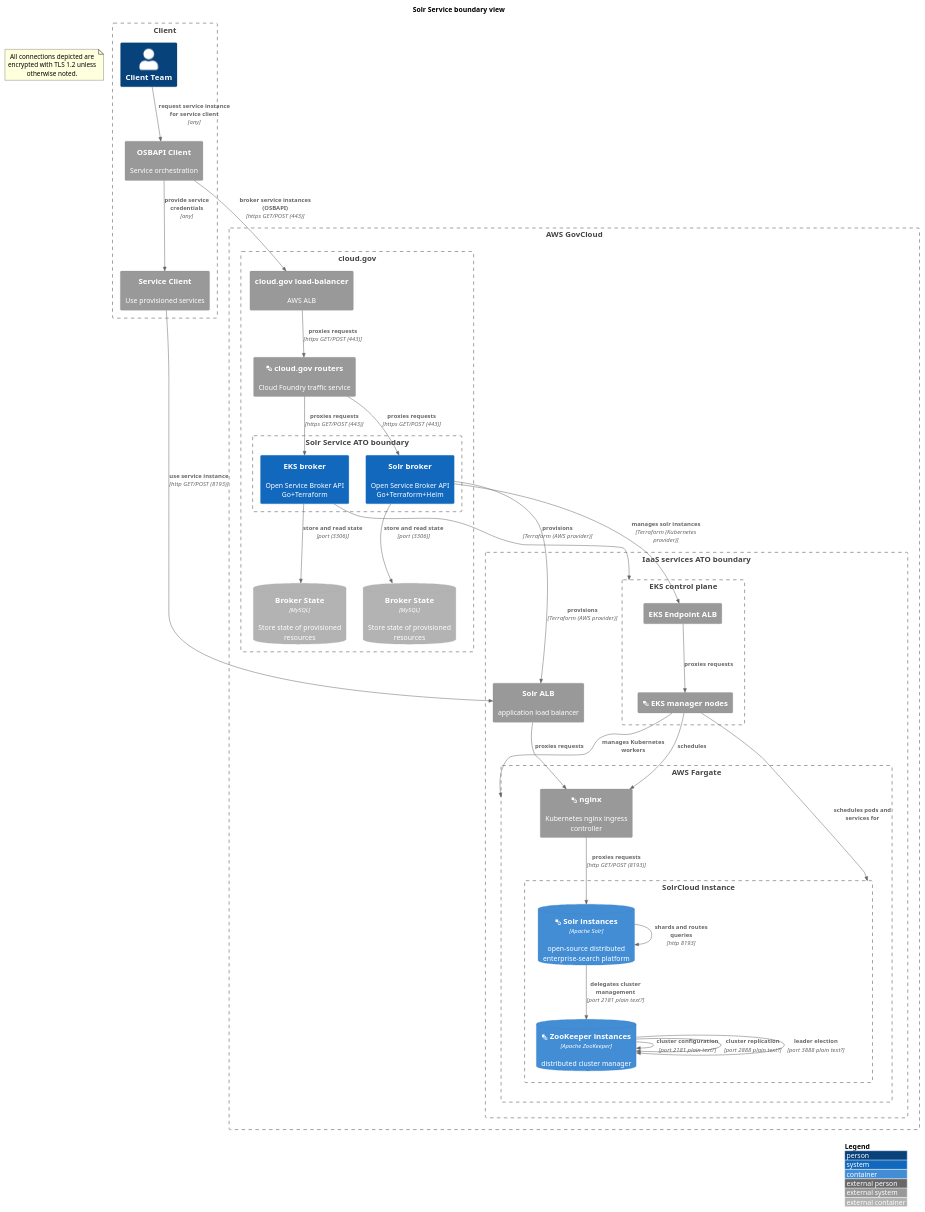
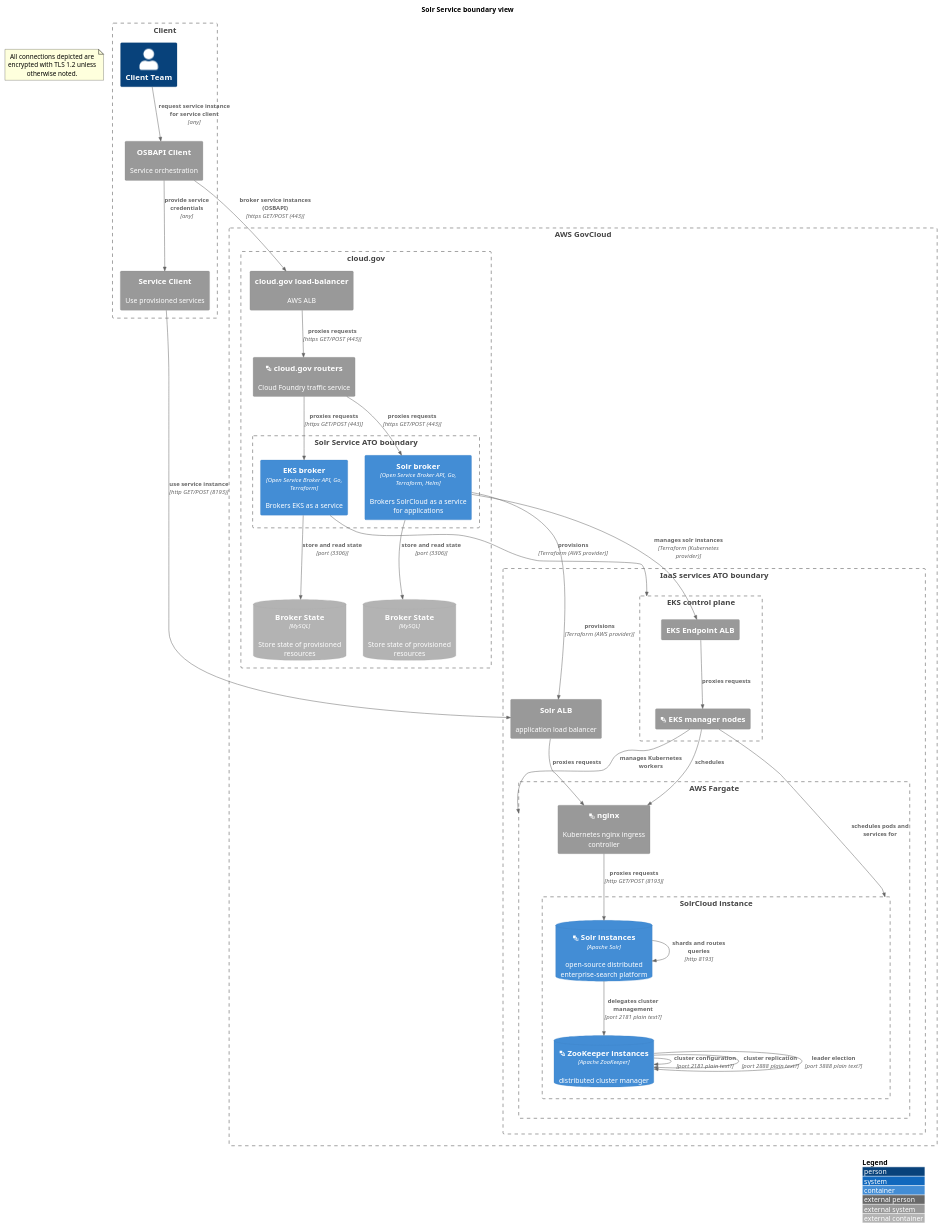
The second of 2 diagrams in solr-service-scratchpad.md (GSA/datagov-compliance), drawn with PlantUML before and after one commit.

Commit message:
Use C4 containers
General theory is to use System types for "black boxes" from third-party
providers, and Container types for the Data.gov specific gory details.

````diff
--- a/solr-service-scratchpad.md
+++ b/solr-service-scratchpad.md
@@ -25,66 +25,66 @@
 ```plantuml
 @startuml
 !include https://raw.githubusercontent.com/plantuml-stdlib/C4-PlantUML/master/C4_Container.puml
 ' uncomment the following line and comment the first to use locally
 ' !include C4_Container.puml
 LAYOUT_WITH_LEGEND()
 title Solr Service boundary view
 Boundary(client, "Client") {
   Person(client_team, "Client Team")
   System_Ext(osbapi_client, "OSBAPI Client", "Service orchestration")
   System_Ext(service_client, "Service Client", "Use provisioned services")
   Rel(osbapi_client, service_client, "provide service credentials", "any")
   Rel(client_team, osbapi_client, "request service instance for service client", "any")
 }
 note as EncryptionNote
 All connections depicted are encrypted with TLS 1.2 unless otherwise noted.
 end note
 Boundary(aws, "AWS GovCloud") {
     Boundary(iaas, "IaaS services ATO boundary") {
     System_Ext(aws_solr_alb, "Solr ALB", "application load balancer")
         Boundary(aws_eks, "EKS control plane") {
 	    System_Ext(aws_eks_alb, "EKS Endpoint ALB")
             System_Ext(aws_eks_managers, "<&layers> EKS manager nodes")
         }
         Boundary(aws_fargate, "AWS Fargate") {
 	  System_Ext(sys_solr_nginx_ingress, "<&layers> nginx", "Kubernetes nginx ingress controller")
 	  Boundary(b_solrcloud, "SolrCloud instance") {
-	  ContainerDb(solr_instances, "<&layers> Solr instances", "Apache Solr", "open-source distributed enterprise-search platform")
+	    ContainerDb(solr_instances, "<&layers> Solr instances", "Apache Solr", "open-source distributed enterprise-search platform")
 	    ContainerDb(zookeeper_instances, "<&layers> ZooKeeper instances", "Apache ZooKeeper", "distributed cluster manager")
 	  }
         }
     }
     Boundary(cloudgov, "cloud.gov") {
         System_Ext(aws_cg_alb, "cloud.gov load-balancer", "AWS ALB")
         System_Ext(cloudgov_router, "<&layers> cloud.gov routers", "Cloud Foundry traffic service")
 	Boundary(atob, "Solr Service ATO boundary") {
-	    System(eks_app, "EKS broker", "Open Service Broker API Go+Terraform")
-	    System(solr_app, "Solr broker", "Open Service Broker API Go+Terraform+Helm")
+	  Container(eks_app, "EKS broker", "Open Service Broker API, Go, Terraform", "Brokers EKS as a service")
+	  Container(solr_app, "Solr broker", "Open Service Broker API, Go, Terraform, Helm", "Brokers SolrCloud as a service for applications")
         }
 	ContainerDb_Ext(solr_app_db, "Broker State", "MySQL", "Store state of provisioned resources")
 	ContainerDb_Ext(eks_app_db, "Broker State", "MySQL", "Store state of provisioned resources")
     }
 }
 Rel(eks_app, aws_eks, "provisions", "Terraform (AWS provider)")
 Rel(solr_app, aws_eks_alb, "manages solr instances", "Terraform (Kubernetes provider)")
 Rel(osbapi_client, aws_cg_alb, "broker service instances (OSBAPI)", "https GET/POST (443)")
 Rel(aws_cg_alb, cloudgov_router, "proxies requests", "https GET/POST (443)")
 Rel(cloudgov_router, eks_app, "proxies requests", "https GET/POST (443)")
 Rel(cloudgov_router, solr_app, "proxies requests", "https GET/POST (443)")
 Rel(eks_app, eks_app_db, "store and read state", "port (3306)")
 Rel(solr_app, solr_app_db, "store and read state", "port (3306)")
 Rel(service_client, aws_solr_alb, "use service instance", "http GET/POST (8193)")
 Rel(solr_instances, solr_instances, "shards and routes queries", "http 8193")
 Rel(solr_instances, zookeeper_instances, "delegates cluster management", "port 2181 plain text?")
 Rel(zookeeper_instances, zookeeper_instances, "cluster configuration", "port 2181 plain text?")
 Rel(zookeeper_instances, zookeeper_instances, "cluster replication", "port 2888 plain text?")
 Rel(zookeeper_instances, zookeeper_instances, "leader election", "port 3888 plain text?")
 Rel(aws_eks_alb, aws_eks_managers, "proxies requests")
 Rel(aws_eks_managers, aws_fargate, "manages Kubernetes workers")
 Rel(solr_app, aws_solr_alb, "provisions", "Terraform (AWS provider)")
 Rel(aws_eks_managers, b_solrcloud, "schedules pods and services for")
 Rel(aws_eks_managers, sys_solr_nginx_ingress, "schedules")
 Rel(aws_solr_alb, sys_solr_nginx_ingress, "proxies requests")
 Rel(sys_solr_nginx_ingress, solr_instances, "proxies requests", "http GET/POST (8193)")
 @enduml
 ```
````
